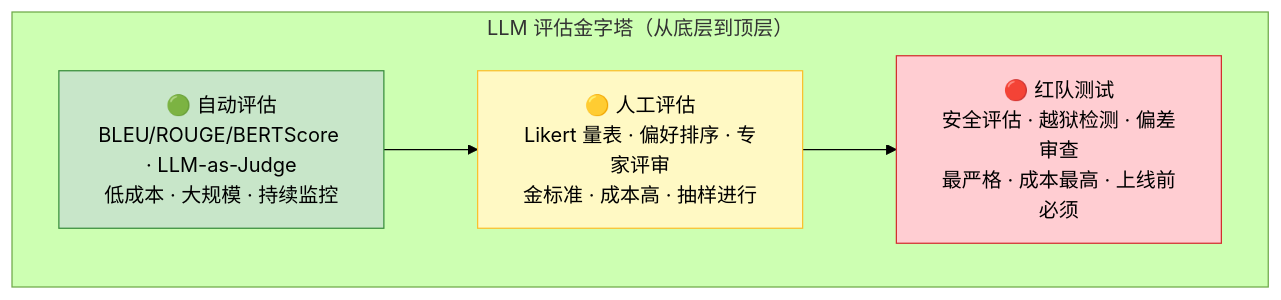
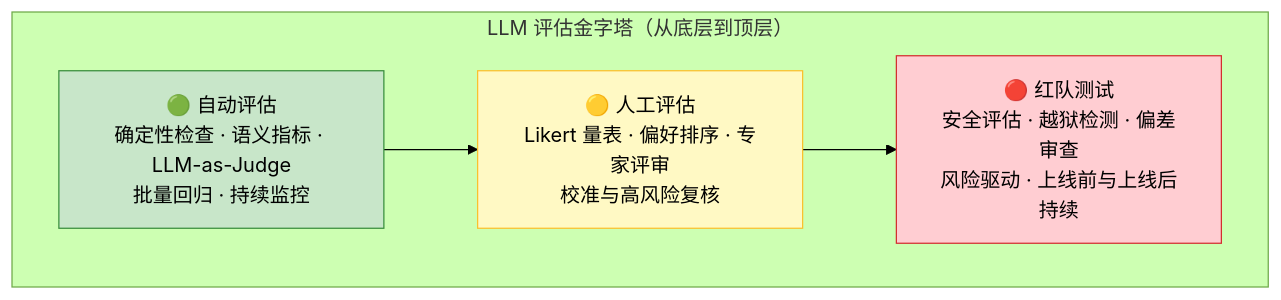
Before and after one commit to BeefWrap4/LLM-Knowledge-Base: the second of 13 diagrams in 17_大模型评估体系.md, drawn with Mermaid (forest theme). The commit also changed other lines of this file and 454 other files, not shown here.

````diff
--- a/17_大模型评估体系.md
+++ b/17_大模型评估体系.md
@@ -59,15 +63,15 @@
 ```mermaid
 graph TD
     subgraph "LLM 评估金字塔（从底层到顶层）"
-        L3["🔴 红队测试<br/>安全评估 · 越狱检测 · 偏差审查<br/>最严格 · 成本最高 · 上线前必须"]
-        L2["🟡 人工评估<br/>Likert 量表 · 偏好排序 · 专家评审<br/>金标准 · 成本高 · 抽样进行"]
-        L1["🟢 自动评估<br/>BLEU/ROUGE/BERTScore · LLM-as-Judge<br/>低成本 · 大规模 · 持续监控"]
+        L3["🔴 红队测试<br/>安全评估 · 越狱检测 · 偏差审查<br/>风险驱动 · 上线前与上线后持续"]
+        L2["🟡 人工评估<br/>Likert 量表 · 偏好排序 · 专家评审<br/>校准与高风险复核"]
+        L1["🟢 自动评估<br/>确定性检查 · 语义指标 · LLM-as-Judge<br/>批量回归 · 持续监控"]
     end
     
     L1 --> L2
     L2 --> L3
     
     style L1 fill:#c8e6c9,stroke:#388e3c
     style L2 fill:#fff9c4,stroke:#fbc02d
     style L3 fill:#ffcdd2,stroke:#d32f2f
 ```
````
